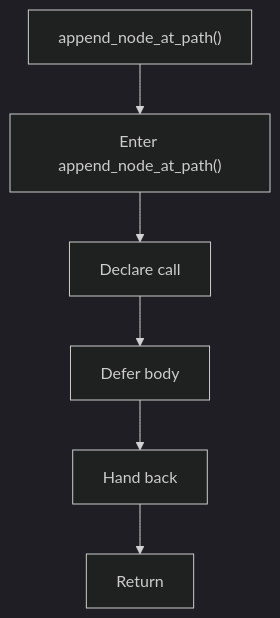
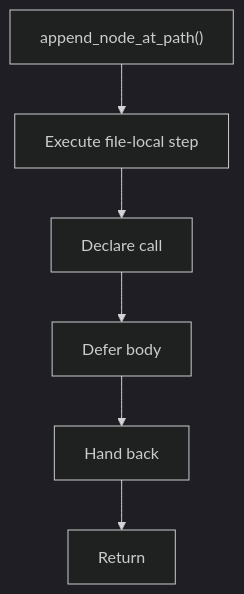
Before and after one commit to JohnAndrewBalbarosa/NeoTerritory: the diagram in docs/Codebase/Microservice/Modules/Header/SyntacticBrokenAST/Trees/Actual/Internal/Flow/functions/append_node_at_path.hpp.md, drawn with Mermaid (dark theme). The commit also changed other lines of this file and 915 other files, not shown here.

````diff
--- a/docs/Codebase/Microservice/Modules/Header/SyntacticBrokenAST/Trees/Actual/Internal/Flow/functions/append_node_at_path.hpp.md
+++ b/docs/Codebase/Microservice/Modules/Header/SyntacticBrokenAST/Trees/Actual/Internal/Flow/functions/append_node_at_path.hpp.md
@@ -16,14 +16,14 @@
 ```mermaid
 flowchart TD
     Start["append_node_at_path()"]
-    N0["Enter append_node_at_path()"]
+    N0["Execute file-local step"]
     N1["Declare call"]
     N2["Defer body"]
     N3["Hand back"]
     End["Return"]
     Start --> N0
     N0 --> N1
     N1 --> N2
     N2 --> N3
     N3 --> End
 ```
````
